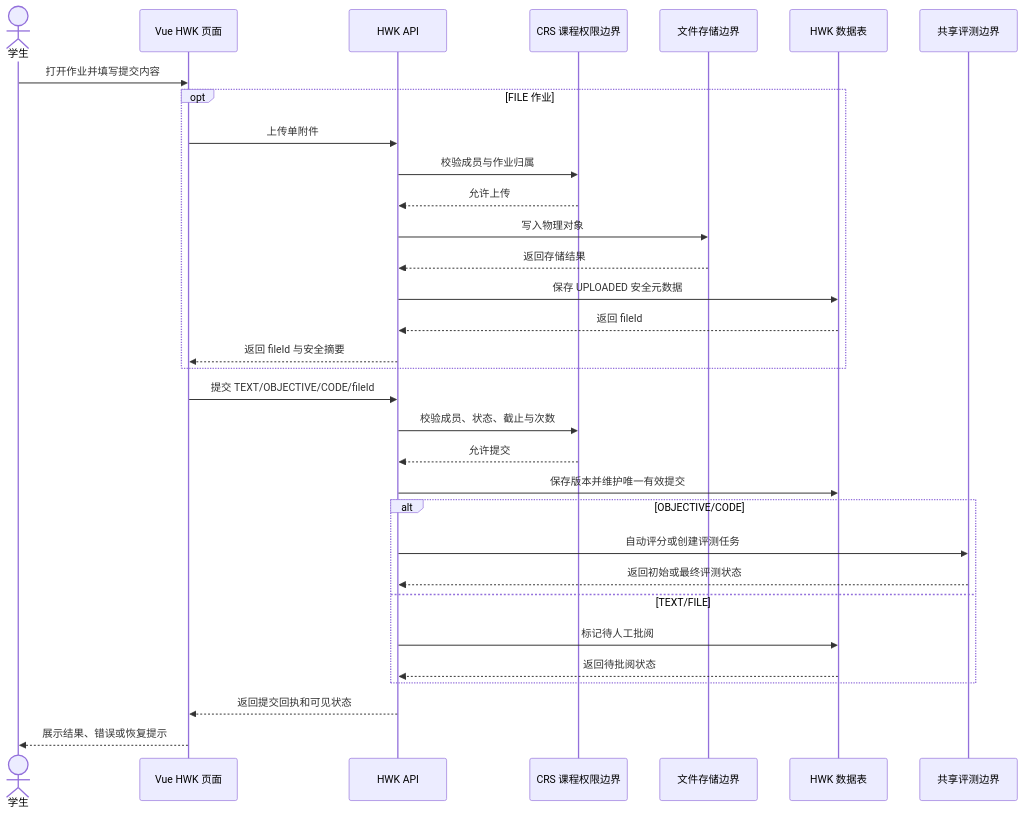
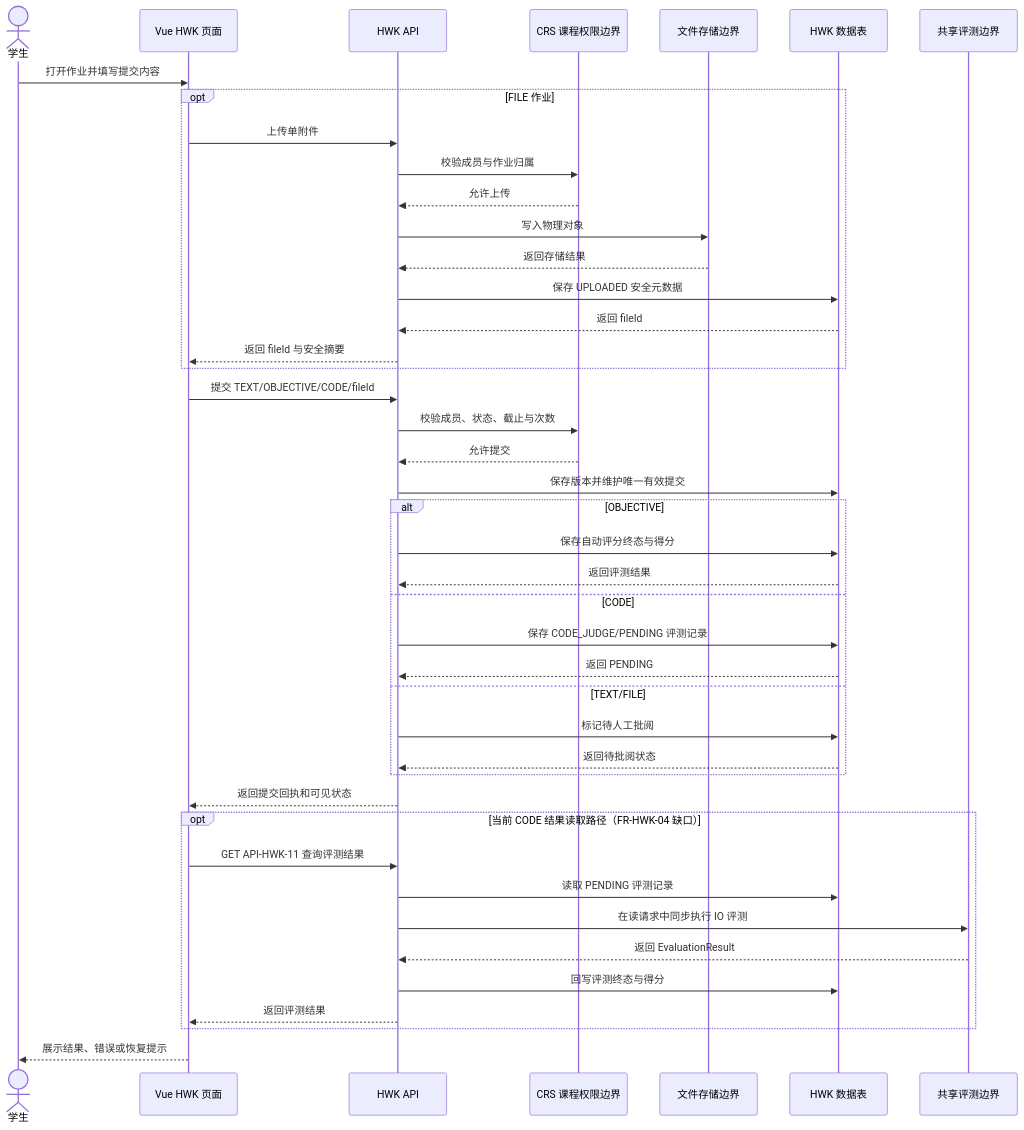
One commit to Cr4zyorange/OnlineJudge changed the diagram in docs/diagrams/arch/fig_5_2_hwk_01_submission_component.mmd. Above: the diagram before and after it, drawn with Mermaid. The commit also changed 11 other files, not shown here.

```diff
--- a/docs/diagrams/arch/fig_5_2_hwk_01_submission_component.mmd
+++ b/docs/diagrams/arch/fig_5_2_hwk_01_submission_component.mmd
@@ -1,32 +1,43 @@
 sequenceDiagram
   actor Student as 学生
   participant Frontend as Vue HWK 页面
   participant API as HWK API
   participant Permission as CRS 课程权限边界
   participant Storage as 文件存储边界
   participant DB as HWK 数据表
   participant Evaluator as 共享评测边界
   Student->>Frontend: 打开作业并填写提交内容
   opt FILE 作业
     Frontend->>API: 上传单附件
     API->>Permission: 校验成员与作业归属
     Permission-->>API: 允许上传
     API->>Storage: 写入物理对象
     Storage-->>API: 返回存储结果
     API->>DB: 保存 UPLOADED 安全元数据
     DB-->>API: 返回 fileId
     API-->>Frontend: 返回 fileId 与安全摘要
   end
   Frontend->>API: 提交 TEXT/OBJECTIVE/CODE/fileId
   API->>Permission: 校验成员、状态、截止与次数
   Permission-->>API: 允许提交
   API->>DB: 保存版本并维护唯一有效提交
-  alt OBJECTIVE/CODE
-    API->>Evaluator: 自动评分或创建评测任务
-    Evaluator-->>API: 返回初始或最终评测状态
+  alt OBJECTIVE
+    API->>DB: 保存自动评分终态与得分
+    DB-->>API: 返回评测结果
+  else CODE
+    API->>DB: 保存 CODE_JUDGE/PENDING 评测记录
+    DB-->>API: 返回 PENDING
   else TEXT/FILE
     API->>DB: 标记待人工批阅
     DB-->>API: 返回待批阅状态
   end
   API-->>Frontend: 返回提交回执和可见状态
+  opt 当前 CODE 结果读取路径（FR-HWK-04 缺口）
+    Frontend->>API: GET API-HWK-11 查询评测结果
+    API->>DB: 读取 PENDING 评测记录
+    API->>Evaluator: 在读请求中同步执行 IO 评测
+    Evaluator-->>API: 返回 EvaluationResult
+    API->>DB: 回写评测终态与得分
+    API-->>Frontend: 返回评测结果
+  end
   Frontend-->>Student: 展示结果、错误或恢复提示
```
